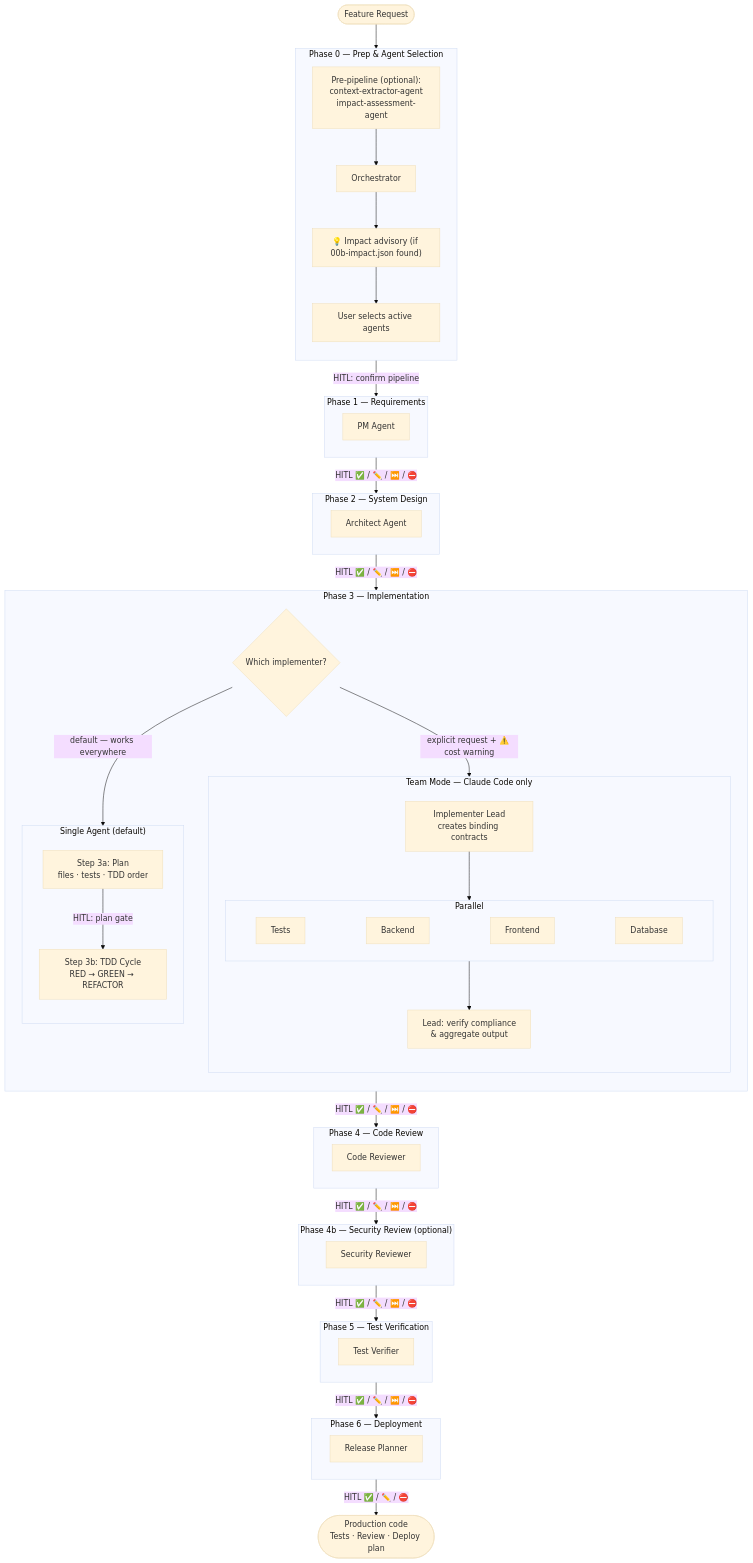
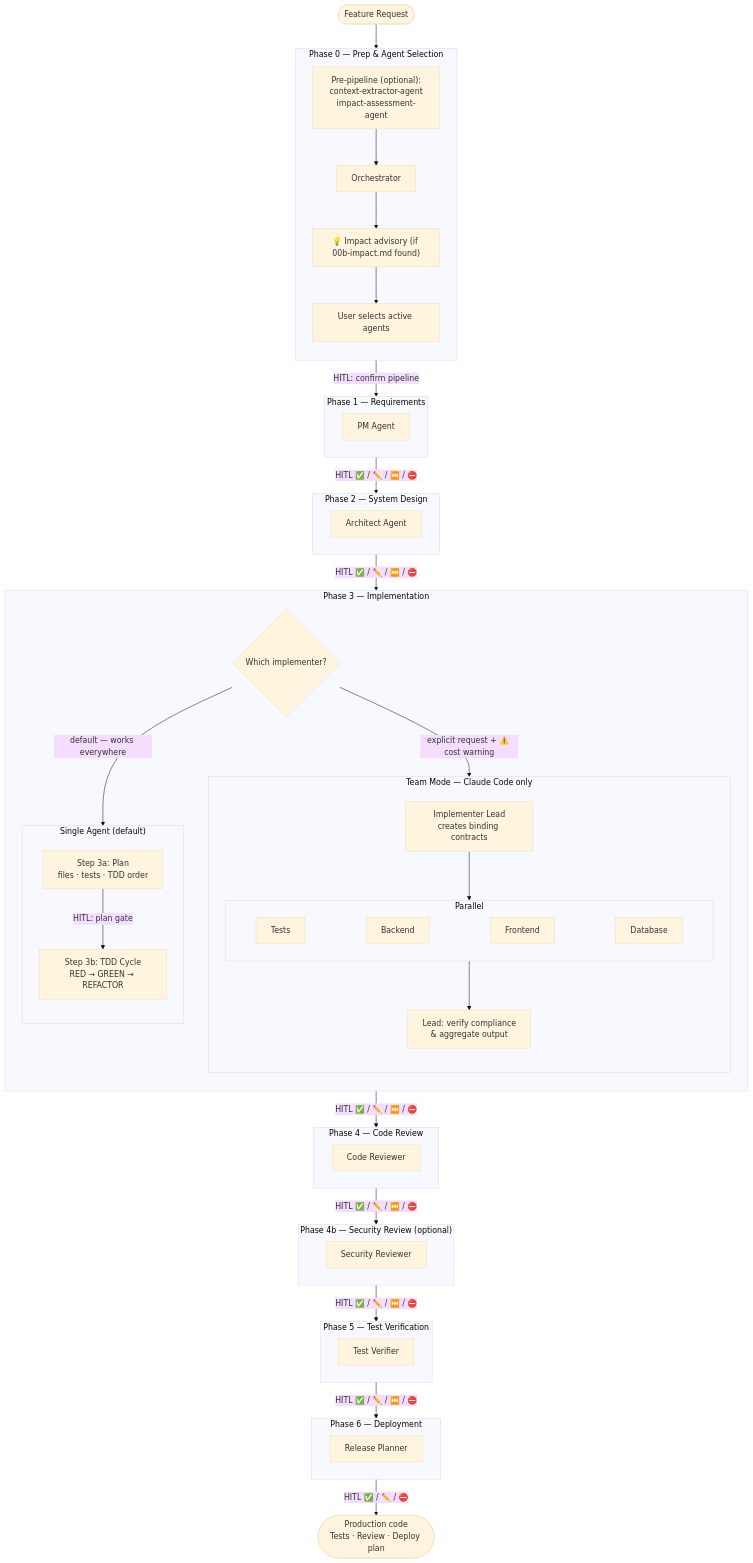
The diagram in docs/workflow.md (diego81b/kairos-agents-framework), drawn with Mermaid (base theme) before and after one commit. The commit also changed other lines of this file and 25 other files, not shown here.

```diff
--- a/docs/workflow.md
+++ b/docs/workflow.md
@@ -11,7 +11,7 @@
         PRE["Pre-pipeline (optional):
 context-extractor-agent
 impact-assessment-agent"] --> O
-        O[Orchestrator] --> ADV["💡 Impact advisory (if 00b-impact.json found)"]
+        O[Orchestrator] --> ADV["💡 Impact advisory (if 00b-impact.md found)"]
         ADV --> SEL[User selects active agents]
     end
 
```
